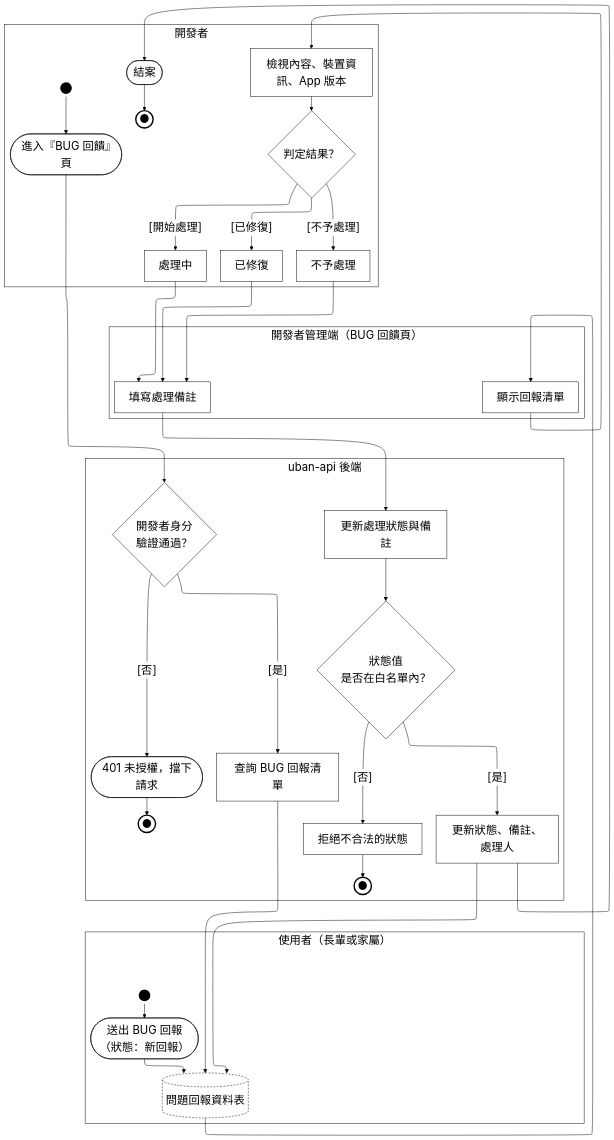
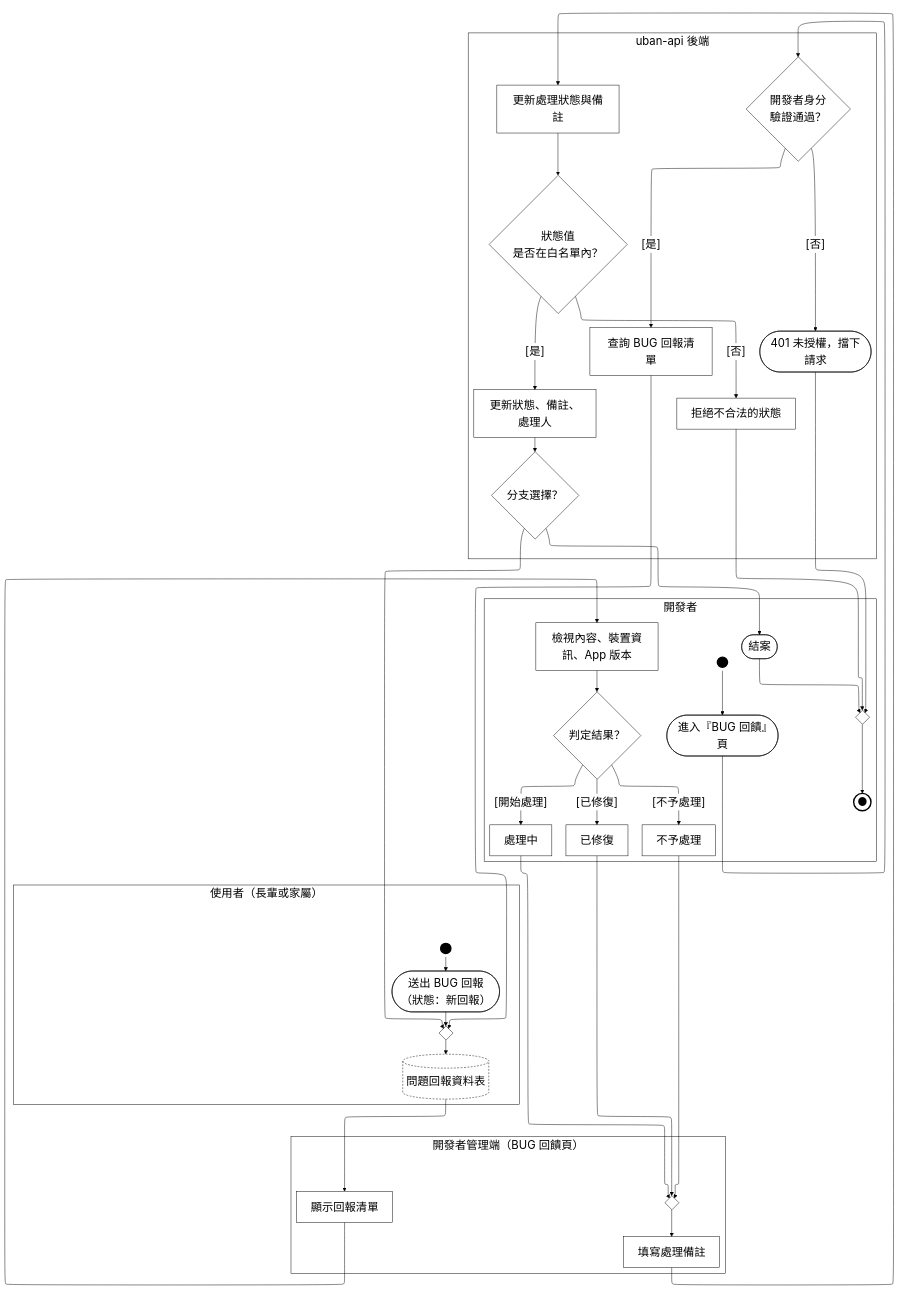
Before and after one commit to HuangYu-Kai/Uban: the diagram in Uban System Documents/mermaid原始碼/A28-問題處理.mmd, drawn with Mermaid. The commit also changed 226 other files, not shown here.

Commit message:
Complete system manual with updated diagrams, formatting, and natural language

```diff
--- a/Uban System Documents/mermaid原始碼/A28-問題處理.mmd
+++ b/Uban System Documents/mermaid原始碼/A28-問題處理.mmd
@@ -1,71 +1,76 @@
 %%{init:{"layout":"elk","elk":{"mergeEdges":false,"nodePlacementStrategy":"NETWORK_SIMPLEX"},"flowchart":{"htmlLabels":true},"themeVariables":{"clusterBkg":"#FFFFFF","clusterBorder":"#000000","edgeLabelBackground":"#FFFFFF","textColor":"#000000","nodeTextColor":"#000000","titleColor":"#000000","lineColor":"#000000","fontSize":"24px"}}}%%
 flowchart TD
+  %% 鎖住泳道順序：ELK 不照宣告順序排，沒有這條鏈後端會跑到最上面
   subgraph ROLE["開發者"]
     PAD_ROLE["&nbsp;&nbsp;&nbsp;&nbsp;&nbsp;&nbsp;&nbsp;&nbsp;&nbsp;&nbsp;"]:::pad
     ST_S1(("&nbsp;")):::term
     S1([進入『BUG 回饋』頁]):::act
     S2["檢視內容、裝置資訊、App 版本"]:::act
     S3{"判定結果？"}:::dec
     S4(["結案"]):::act
-    EN_S4(("●")):::endterm
     P1["處理中"]:::act
     P2["已修復"]:::act
     P3["不予處理"]:::act
+    M_END{" "}:::dec
+    EN_ALL(("●")):::endterm
   end
   subgraph ROLE2["使用者（長輩或家屬）"]
     PAD_ROLE2["&nbsp;&nbsp;&nbsp;&nbsp;&nbsp;&nbsp;&nbsp;&nbsp;&nbsp;&nbsp;&nbsp;&nbsp;&nbsp;&nbsp;&nbsp;&nbsp;&nbsp;&nbsp;&nbsp;&nbsp;&nbsp;&nbsp;&nbsp;&nbsp;&nbsp;&nbsp;&nbsp;&nbsp;&nbsp;&nbsp;&nbsp;&nbsp;&nbsp;&nbsp;&nbsp;&nbsp;&nbsp;&nbsp;&nbsp;&nbsp;&nbsp;&nbsp;&nbsp;&nbsp;&nbsp;&nbsp;&nbsp;&nbsp;&nbsp;&nbsp;&nbsp;&nbsp;&nbsp;&nbsp;&nbsp;&nbsp;&nbsp;&nbsp;&nbsp;&nbsp;&nbsp;&nbsp;&nbsp;&nbsp;&nbsp;&nbsp;&nbsp;&nbsp;&nbsp;&nbsp;&nbsp;&nbsp;&nbsp;&nbsp;&nbsp;&nbsp;&nbsp;&nbsp;&nbsp;&nbsp;&nbsp;&nbsp;&nbsp;&nbsp;&nbsp;&nbsp;&nbsp;&nbsp;&nbsp;&nbsp;&nbsp;&nbsp;&nbsp;&nbsp;&nbsp;&nbsp;&nbsp;&nbsp;&nbsp;&nbsp;&nbsp;&nbsp;&nbsp;&nbsp;"]:::pad
     ST_U1(("&nbsp;")):::term
     U1(["送出 BUG 回報<br/>（狀態：新回報）"]):::act
     DB[("問題回報資料表")]:::gap
+    M_DB{" "}:::dec
   end
   subgraph FE["開發者管理端（BUG 回饋頁）"]
     PAD_FE["&nbsp;&nbsp;&nbsp;&nbsp;&nbsp;&nbsp;&nbsp;&nbsp;&nbsp;&nbsp;&nbsp;&nbsp;&nbsp;&nbsp;&nbsp;&nbsp;&nbsp;&nbsp;&nbsp;&nbsp;&nbsp;&nbsp;&nbsp;&nbsp;&nbsp;&nbsp;&nbsp;&nbsp;&nbsp;&nbsp;&nbsp;&nbsp;&nbsp;&nbsp;&nbsp;&nbsp;&nbsp;&nbsp;&nbsp;&nbsp;&nbsp;&nbsp;&nbsp;&nbsp;&nbsp;&nbsp;&nbsp;&nbsp;&nbsp;&nbsp;&nbsp;&nbsp;&nbsp;&nbsp;&nbsp;&nbsp;&nbsp;&nbsp;&nbsp;&nbsp;&nbsp;&nbsp;&nbsp;&nbsp;&nbsp;&nbsp;&nbsp;&nbsp;"]:::pad
     A1["顯示回報清單"]:::act
     A2["填寫處理備註"]:::act
+    M_A2{" "}:::dec
   end
   subgraph BE["uban-api 後端"]
     G0{"開發者身分<br/>驗證通過？"}:::dec
     B1["查詢 BUG 回報清單"]:::act
     B2["更新處理狀態與備註"]:::act
     B3{"狀態值<br/>是否在白名單內？"}:::dec
     B4["拒絕不合法的狀態"]:::act
-    EN_B4(("●")):::endterm
     B5["更新狀態、備註、處理人"]:::act
     X(["401 未授權，擋下請求"]):::act
-    EN_X(("●")):::endterm
+    D_B5{"分支選擇？"}:::dec
   end
 
   ST_S1 --> S1
   ST_U1 --> U1
-  U1 --> DB
+  U1 --> M_DB
   S1 --> G0
   G0 -->|"[否]"| X
   G0 -->|"[是]"| B1
-  B1 --> DB
+  B1 --> M_DB
   DB --> A1
   A1 --> S2
   S2 --> S3
   S3 -->|"[開始處理]"| P1
   S3 -->|"[已修復]"| P2
   S3 -->|"[不予處理]"| P3
-  P1 --> A2
-  P2 --> A2
-  P3 --> A2
+  P1 --> M_A2
+  P2 --> M_A2
+  P3 --> M_A2
   A2 --> B2
   B2 --> B3
   B3 -->|"[否]"| B4
   B3 -->|"[是]"| B5
-  B5 --> DB
-  B5 --> S4
-  S4 --> EN_S4
-  B4 --> EN_B4
-  X --> EN_X
-  %% 鎖住泳道順序：ELK 不照宣告順序排，沒有這條鏈後端會跑到最上面
+  D_B5 --> M_DB
+  D_B5 --> S4
+  S4 --> M_END
+  B4 --> M_END
+  X --> M_END
+  B5 --> D_B5
+  M_DB --> DB
+  M_A2 --> A2
+  M_END --> EN_ALL
   ROLE ~~~ ROLE2 ~~~ FE ~~~ BE
-
   classDef pad  fill:none,stroke:none,color:#FFFFFF
   classDef act  fill:#FFFFFF,stroke:#000000,stroke-width:1px,color:#000000
   classDef dec  fill:#FFFFFF,stroke:#000000,stroke-width:1px,color:#000000
   classDef term fill:#000000,stroke:#000000,stroke-width:3px,color:#000000
   classDef endterm fill:#FFFFFF,stroke:#000000,stroke-width:3px,color:#000000
   classDef gap  fill:#FFFFFF,stroke:#000000,stroke-width:1px,color:#000000,stroke-dasharray:4 3
```
